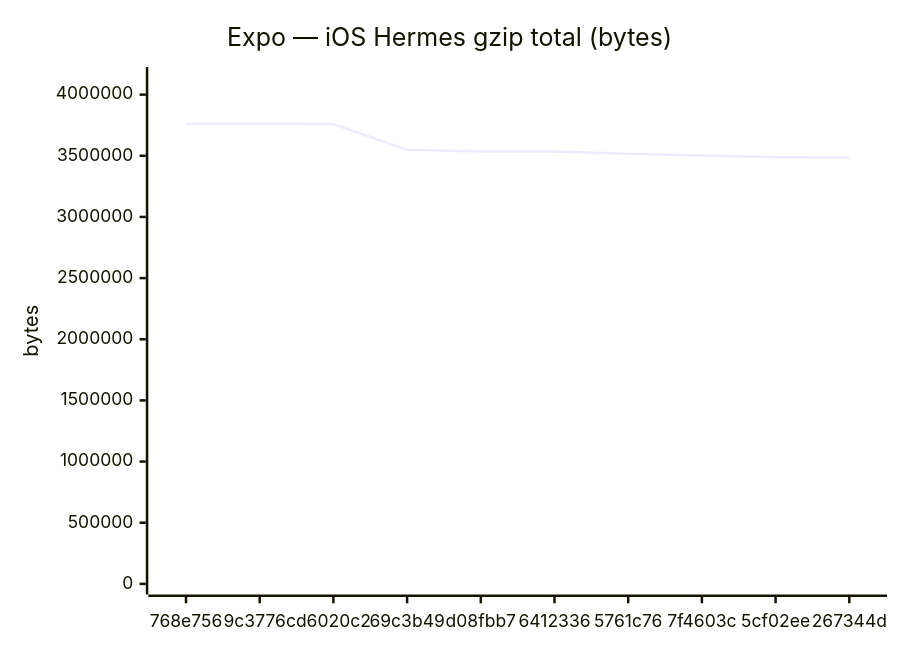
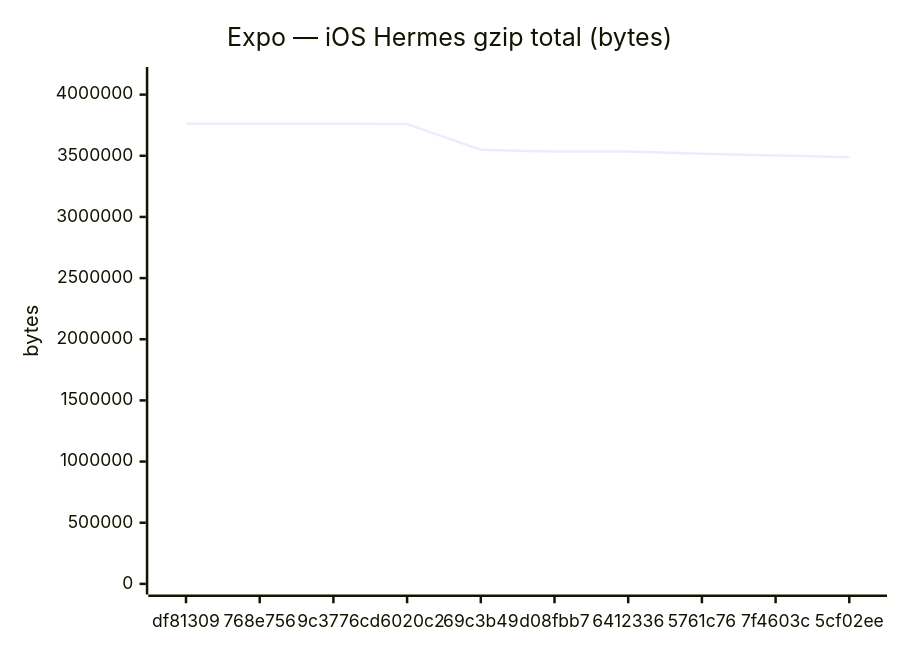
One commit to Metaheurist/Rianell changed the sixth of 18 diagrams in benchmarks/compare.md. Above: the diagram before and after it, drawn with Mermaid. The commit also changed other lines of this file and 11 other files, not shown here.

````diff
--- a/benchmarks/compare.md
+++ b/benchmarks/compare.md
@@ -96,7 +96,7 @@
 ```mermaid
 xychart-beta
     title "Expo — iOS Hermes gzip total (bytes)"
-    x-axis ["768e756", "9c3776c", "d6020c2", "69c3b49", "d08fbb7", "6412336", "5761c76", "7f4603c", "5cf02ee", "267344d"]
-    y-axis "bytes" 0 --> 4139007
-    line [3762498, 3762733, 3759872, 3548602, 3534279, 3535273, 3515861, 3502937, 3488256, 3486228]
+    x-axis ["df81309", "768e756", "9c3776c", "d6020c2", "69c3b49", "d08fbb7", "6412336", "5761c76", "7f4603c", "5cf02ee"]
+    y-axis "bytes" 0 --> 4139010
+    line [3762736, 3762498, 3762733, 3759872, 3548602, 3534279, 3535273, 3515861, 3502937, 3488256]
 ```
````
